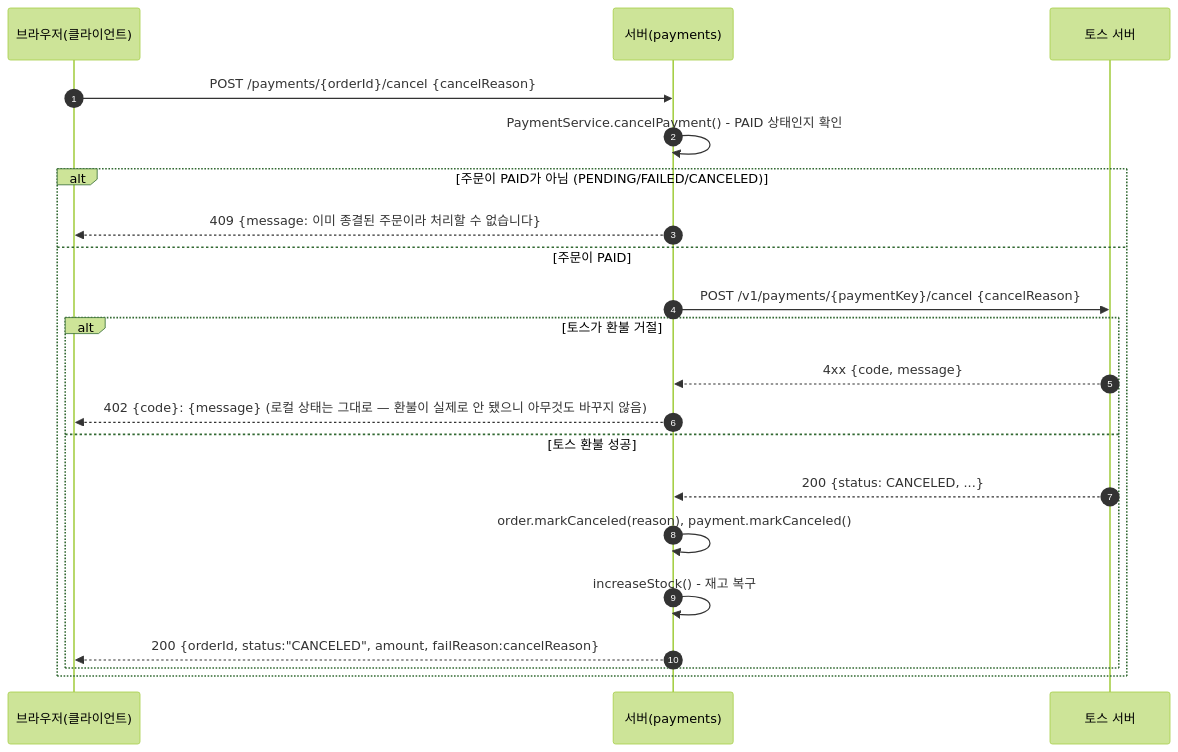
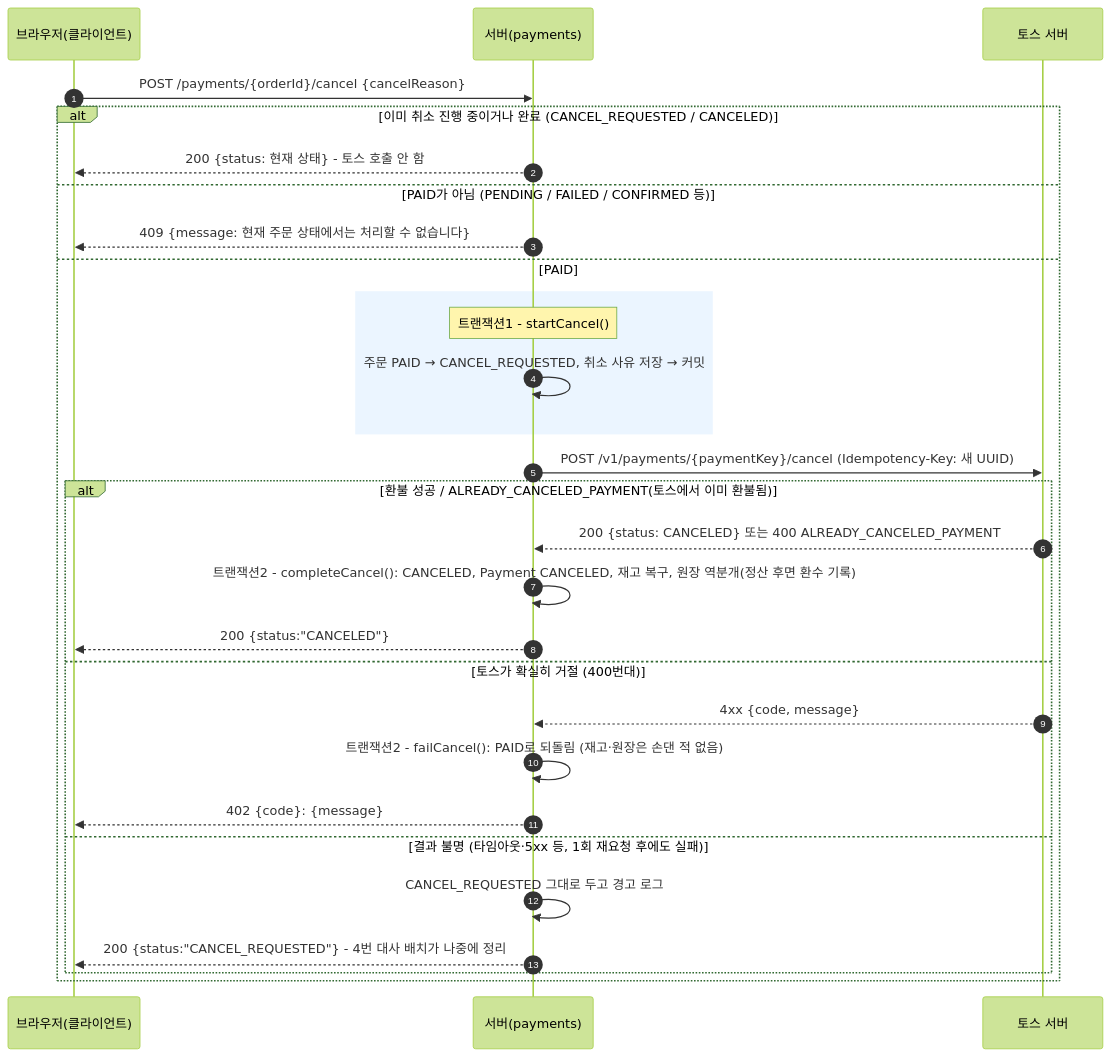
One commit to ms-ssam/payments changed the third of 4 diagrams in docs/payment-flow-sequence.md. Above: the diagram before and after it, drawn with Mermaid (forest theme). The commit also changed other lines of this file and 2 other files, not shown here.

Commit message:
문서: 흐름 문서와 README를 트랜잭션 분리·대사 배치 구현에 맞게 갱신

````diff
--- a/docs/payment-flow-sequence.md
+++ b/docs/payment-flow-sequence.md
@@ -77,25 +109,34 @@
 ```mermaid
 sequenceDiagram
     autonumber
     participant B as 브라우저(클라이언트)
     participant S as 서버(payments)
     participant T as 토스 서버
 
     B->>S: POST /payments/{orderId}/cancel {cancelReason}
-    S->>S: PaymentService.cancelPayment() - PAID 상태인지 확인
 
-    alt 주문이 PAID가 아님 (PENDING/FAILED/CANCELED)
-        S-->>B: 409 {message: 이미 종결된 주문이라 처리할 수 없습니다}
-    else 주문이 PAID
-        S->>T: POST /v1/payments/{paymentKey}/cancel {cancelReason}
-        alt 토스가 환불 거절
+    alt 이미 취소 진행 중이거나 완료 (CANCEL_REQUESTED / CANCELED)
+        S-->>B: 200 {status: 현재 상태} - 토스 호출 안 함
+    else PAID가 아님 (PENDING / FAILED / CONFIRMED 등)
+        S-->>B: 409 {message: 현재 주문 상태에서는 처리할 수 없습니다}
+    else PAID
+        rect rgb(235, 245, 255)
+        Note over S: 트랜잭션1 - startCancel()
+        S->>S: 주문 PAID → CANCEL_REQUESTED, 취소 사유 저장 → 커밋
+        end
+        S->>T: POST /v1/payments/{paymentKey}/cancel (Idempotency-Key: 새 UUID)
+
+        alt 환불 성공 / ALREADY_CANCELED_PAYMENT(토스에서 이미 환불됨)
+            T-->>S: 200 {status: CANCELED} 또는 400 ALREADY_CANCELED_PAYMENT
+            S->>S: 트랜잭션2 - completeCancel(): CANCELED, Payment CANCELED, 재고 복구, 원장 역분개(정산 후면 환수 기록)
+            S-->>B: 200 {status:"CANCELED"}
+        else 토스가 확실히 거절 (400번대)
             T-->>S: 4xx {code, message}
-            S-->>B: 402 {code}: {message} (로컬 상태는 그대로 — 환불이 실제로 안 됐으니 아무것도 바꾸지 않음)
-        else 토스 환불 성공
-            T-->>S: 200 {status: CANCELED, ...}
-            S->>S: order.markCanceled(reason), payment.markCanceled()
-            S->>S: increaseStock() - 재고 복구
-            S-->>B: 200 {orderId, status:"CANCELED", amount, failReason:cancelReason}
+            S->>S: 트랜잭션2 - failCancel(): PAID로 되돌림 (재고·원장은 손댄 적 없음)
+            S-->>B: 402 {code}: {message}
+        else 결과 불명 (타임아웃·5xx 등, 1회 재요청 후에도 실패)
+            S->>S: CANCEL_REQUESTED 그대로 두고 경고 로그
+            S-->>B: 200 {status:"CANCEL_REQUESTED"} - 4번 대사 배치가 나중에 정리
         end
     end
 ```
````
